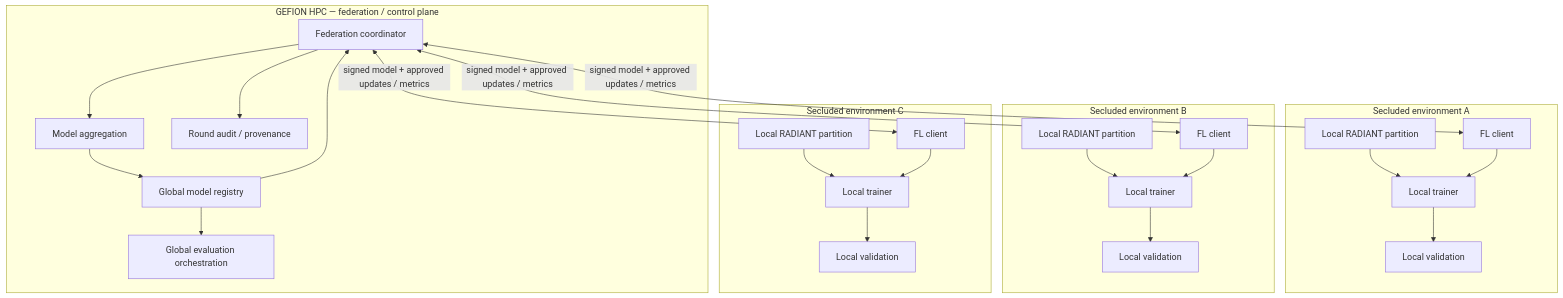
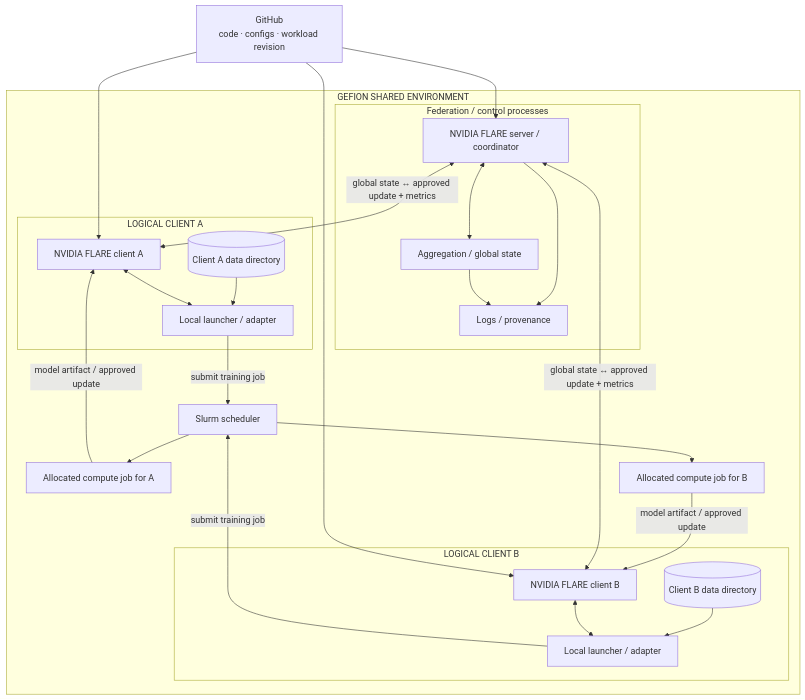
Before and after one commit to collaborativebioinformatics/Internal_federation_supercomputing_environment: the diagram in docs/radiant-fl/architecture.md, drawn with Mermaid. The commit also changed other lines of this file and 4 other files, not shown here.

````diff
--- a/docs/radiant-fl/architecture.md
+++ b/docs/radiant-fl/architecture.md
@@ -8,50 +19,50 @@
 ```mermaid
 flowchart TB
-    subgraph GEFION["GEFION HPC — federation / control plane"]
-        COORD[Federation coordinator]
-        AGG[Model aggregation]
-        REG[Global model registry]
-        AUDIT[Round audit / provenance]
-        EVAL[Global evaluation orchestration]
+    REPO["GitHub<br/>code · configs · workload revision"]
 
-        COORD --> AGG
-        AGG --> REG
-        REG --> COORD
-        COORD --> AUDIT
-        REG --> EVAL
+    subgraph GEFION["GEFION SHARED ENVIRONMENT"]
+        subgraph CONTROL["Federation / control processes"]
+            SERVER["NVIDIA FLARE server / coordinator"]
+            AGG["Aggregation / global state"]
+            AUDIT["Logs / provenance"]
+            SERVER <--> AGG
+            SERVER --> AUDIT
+            AGG --> AUDIT
+        end
+
+        subgraph SITEA["LOGICAL CLIENT A"]
+            AC["NVIDIA FLARE client A"]
+            AD[("Client A data directory")]
+            AL["Local launcher / adapter"]
+            AD --> AL
+            AC <--> AL
+        end
+
+        subgraph SITEB["LOGICAL CLIENT B"]
+            BC["NVIDIA FLARE client B"]
+            BD[("Client B data directory")]
+            BL["Local launcher / adapter"]
+            BD --> BL
+            BC <--> BL
+        end
+
+        SLURM["Slurm scheduler"]
+        CA["Allocated compute job for A"]
+        CB["Allocated compute job for B"]
+
+        AL -->|"submit training job"| SLURM
+        BL -->|"submit training job"| SLURM
+        SLURM --> CA
+        SLURM --> CB
+
+        CA -->|"model artifact / approved update"| AC
+        CB -->|"model artifact / approved update"| BC
+
+        SERVER <-->|"global state ↔ approved update + metrics"| AC
+        SERVER <-->|"global state ↔ approved update + metrics"| BC
     end
 
-    subgraph A["Secluded environment A"]
-        AC[FL client]
-        AD[Local RADIANT partition]
-        AT[Local trainer]
-        AM[Local validation]
-        AD --> AT
-        AC --> AT
-        AT --> AM
-    end
-
-    subgraph B["Secluded environment B"]
-        BC[FL client]
-        BD[Local RADIANT partition]
-        BT[Local trainer]
-        BM[Local validation]
-        BD --> BT
-        BC --> BT
-        BT --> BM
-    end
-
-    subgraph C["Secluded environment C"]
-        CC[FL client]
-        CD[Local RADIANT partition]
-        CT[Local trainer]
-        CM[Local validation]
-        CD --> CT
-        CC --> CT
-        CT --> CM
-    end
-
-    COORD <-->|signed model + approved updates / metrics| AC
-    COORD <-->|signed model + approved updates / metrics| BC
-    COORD <-->|signed model + approved updates / metrics| CC
+    REPO --> SERVER
+    REPO --> AC
+    REPO --> BC
 ```
````
